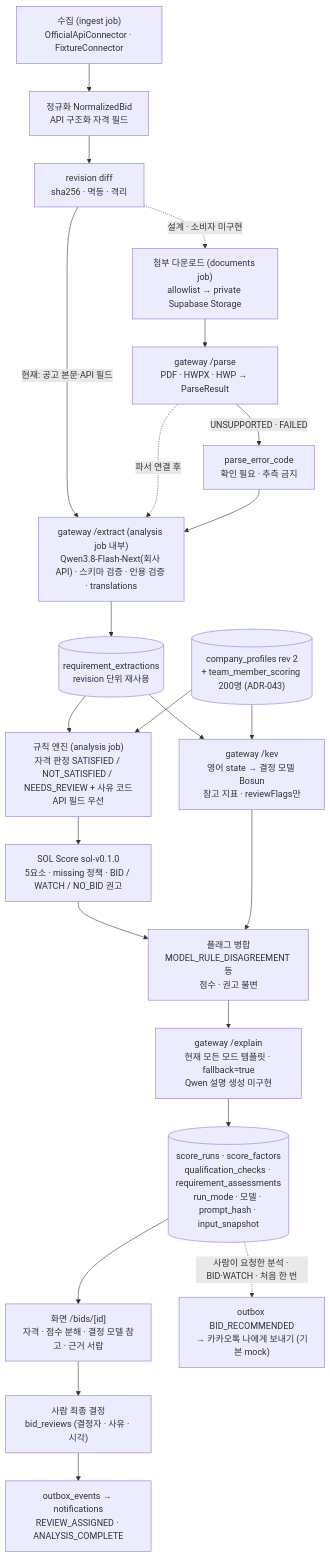
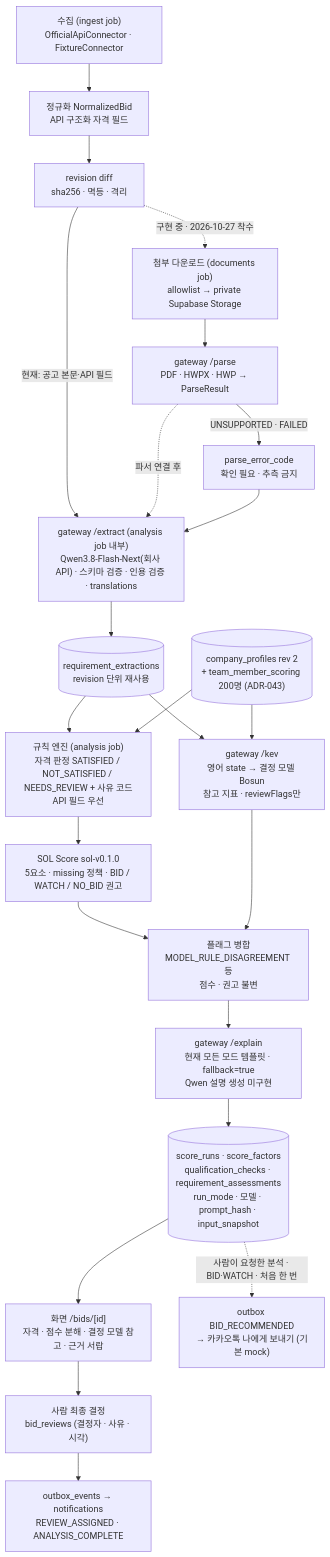
Before and after one commit to solideoai/sol-radar: the third of 3 diagrams in docs/submission/architecture.md, drawn with Mermaid. The commit also changed other lines of this file and 115 other files, not shown here.

````diff
--- a/docs/submission/architecture.md
+++ b/docs/submission/architecture.md
@@ -98,25 +98,25 @@
 ```mermaid
 flowchart TD
  A["수집 (ingest job)<br/>OfficialApiConnector · FixtureConnector"] --> N["정규화 NormalizedBid<br/>API 구조화 자격 필드"]
  N --> R1["revision diff<br/>sha256 · 멱등 · 격리"]
- R1 -. "설계 · 소비자 미구현" .-> D["첨부 다운로드 (documents job)<br/>allowlist → private Supabase Storage"]
+ R1 -. "구현 중 · 2026-10-27 착수" .-> D["첨부 다운로드 (documents job)<br/>allowlist → private Supabase Storage"]
  D --> P["gateway /parse<br/>PDF · HWPX · HWP → ParseResult"]
  P -->|UNSUPPORTED · FAILED| PE["parse_error_code<br/>확인 필요 · 추측 금지"]
  R1 -->|현재: 공고 본문·API 필드| E["gateway /extract (analysis job 내부)<br/>Qwen3.8-Flash-Next(회사 API) · 스키마 검증 · 인용 검증 · translations"]
  P -. "파서 연결 후" .-> E
  PE --> E
  E --> X[("requirement_extractions<br/>revision 단위 재사용")]
  X --> RE["규칙 엔진 (analysis job)<br/>자격 판정 SATISFIED / NOT_SATISFIED / NEEDS_REVIEW + 사유 코드<br/>API 필드 우선"]
  CP[("company_profiles rev 2<br/>+ team_member_scoring 200명 (ADR-043)")] --> RE
  RE --> S["SOL Score sol-v0.1.0<br/>5요소 · missing 정책 · BID / WATCH / NO_BID 권고"]
  X --> K["gateway /kev<br/>영어 state → 결정 모델 Bosun<br/>참고 지표 · reviewFlags만"]
  CP --> K
  S --> F["플래그 병합<br/>MODEL_RULE_DISAGREEMENT 등<br/>점수 · 권고 불변"]
  K --> F
  F --> EX["gateway /explain<br/>현재 모든 모드 템플릿 · fallback=true<br/>Qwen 설명 생성 미구현"]
  EX --> Z[("score_runs · score_factors<br/>qualification_checks · requirement_assessments<br/>run_mode · 모델 · prompt_hash · input_snapshot")]
  Z --> UI["화면 /bids/[id]<br/>자격 · 점수 분해 · 결정 모델 참고 · 근거 서랍"]
  UI --> H["사람 최종 결정<br/>bid_reviews (결정자 · 사유 · 시각)"]
  H --> O["outbox_events → notifications<br/>REVIEW_ASSIGNED · ANALYSIS_COMPLETE"]
  Z -. "사람이 요청한 분석 · BID·WATCH · 처음 한 번" .-> KK["outbox BID_RECOMMENDED<br/>→ 카카오톡 나에게 보내기 (기본 mock)"]
 ```
````
